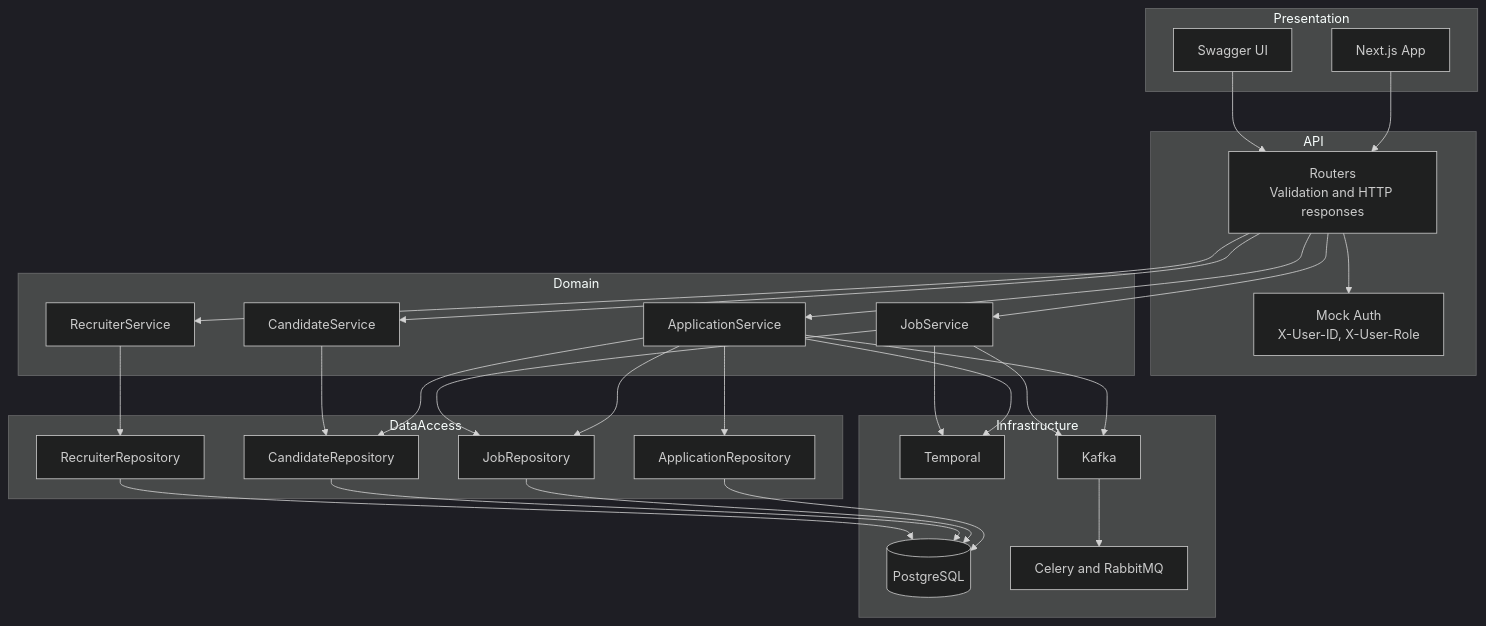
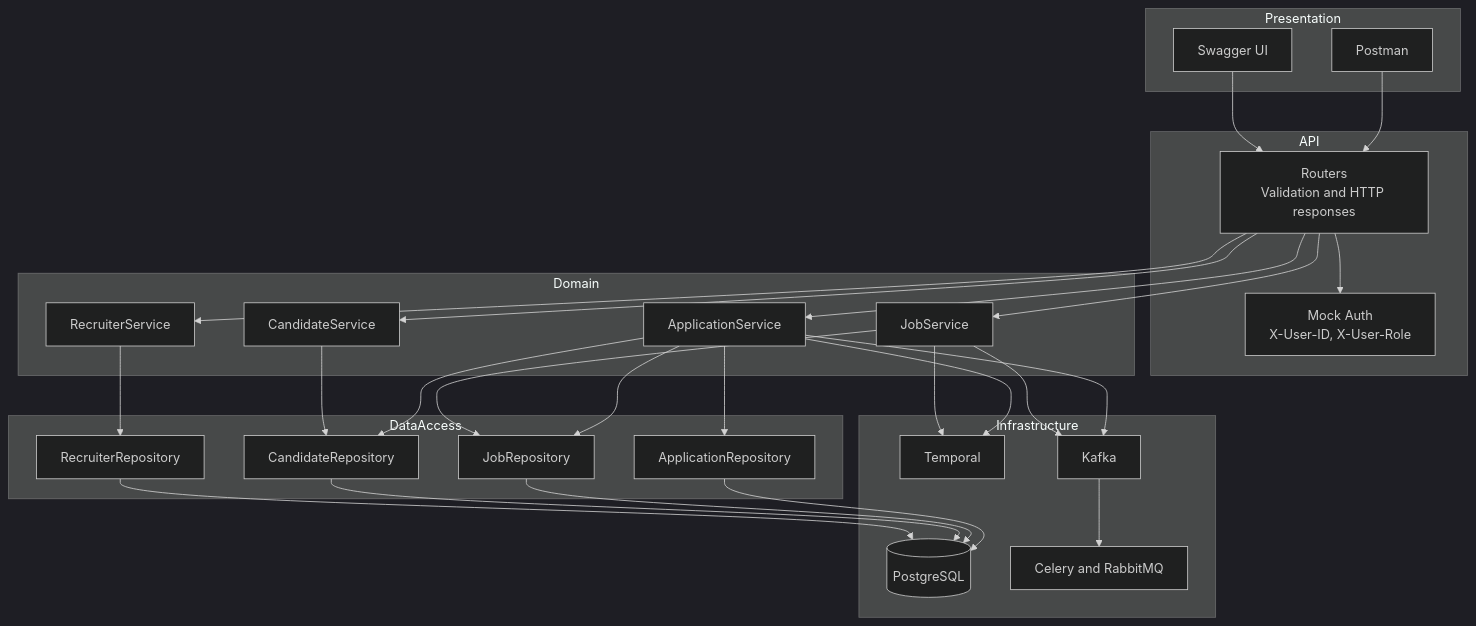
The second of 5 diagrams in docs/ARCHITECTURE.md (afnan-emumba/smart-hire), drawn with Mermaid (dark theme) before and after one commit. The commit also changed other lines of this file and 37 other files, not shown here.

````diff
--- a/docs/ARCHITECTURE.md
+++ b/docs/ARCHITECTURE.md
@@ -42,56 +39,56 @@
 ```mermaid
 flowchart TB
     subgraph Presentation
         swagger[Swagger UI]
-        web[Next.js App]
+        postman[Postman]
     end
 
     subgraph API
         routers[Routers\nValidation and HTTP responses]
         auth[Mock Auth\nX-User-ID, X-User-Role]
     end
 
     subgraph Domain
         recruiterSvc[RecruiterService]
         candidateSvc[CandidateService]
         jobSvc[JobService]
         applicationSvc[ApplicationService]
     end
 
     subgraph DataAccess
         recruiterRepo[RecruiterRepository]
         candidateRepo[CandidateRepository]
         jobRepo[JobRepository]
         applicationRepo[ApplicationRepository]
     end
 
     subgraph Infrastructure
         db[(PostgreSQL)]
         workflow[Temporal]
         events[Kafka]
         workers[Celery and RabbitMQ]
     end
 
     swagger --> routers
-    web --> routers
+    postman --> routers
     routers --> auth
     routers --> recruiterSvc
     routers --> candidateSvc
     routers --> jobSvc
     routers --> applicationSvc
     recruiterSvc --> recruiterRepo
     candidateSvc --> candidateRepo
     jobSvc --> jobRepo
     applicationSvc --> applicationRepo
     applicationSvc --> candidateRepo
     applicationSvc --> jobRepo
     recruiterRepo --> db
     candidateRepo --> db
     jobRepo --> db
     applicationRepo --> db
     jobSvc --> workflow
     jobSvc --> events
     applicationSvc --> workflow
     applicationSvc --> events
     events --> workers
 ```
````
